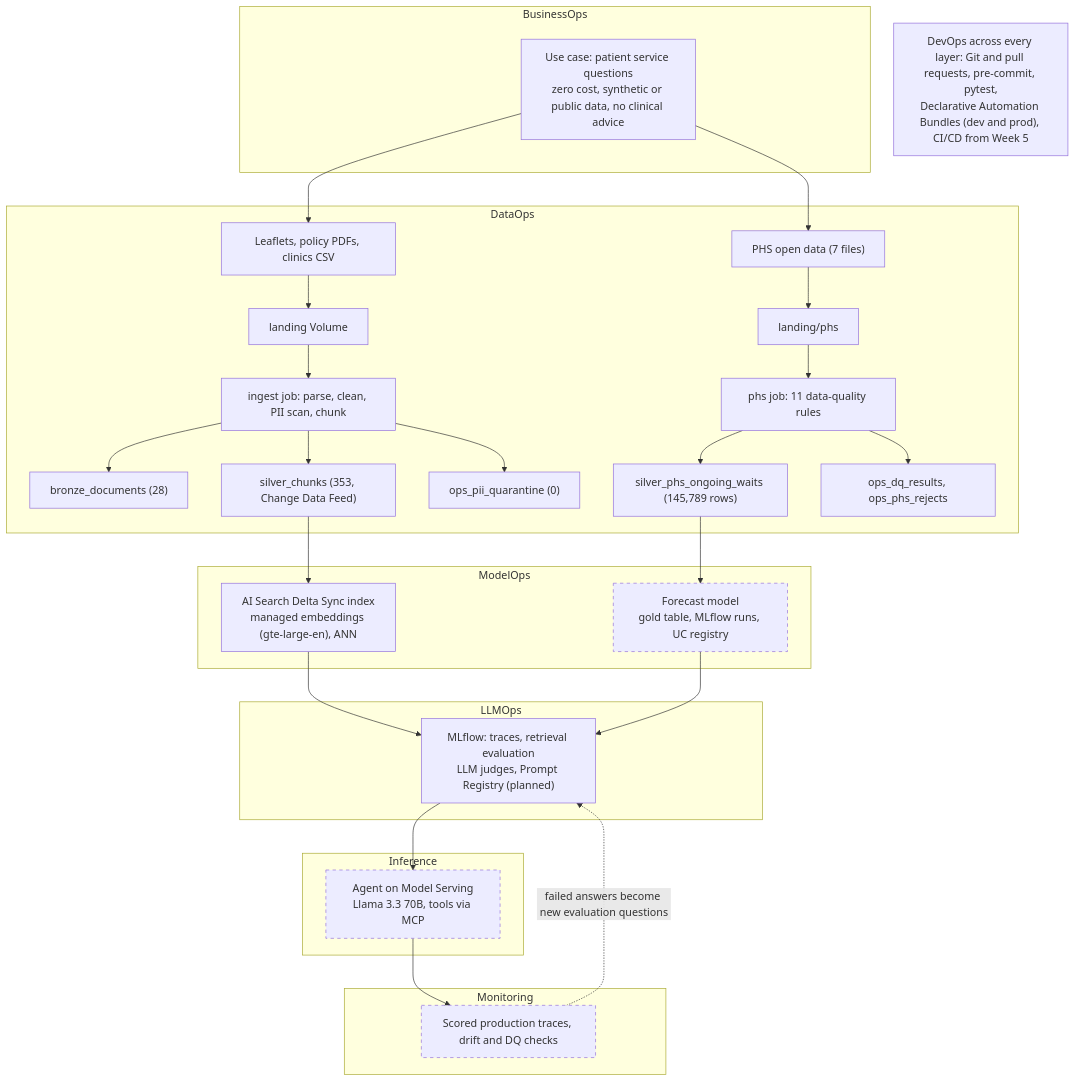
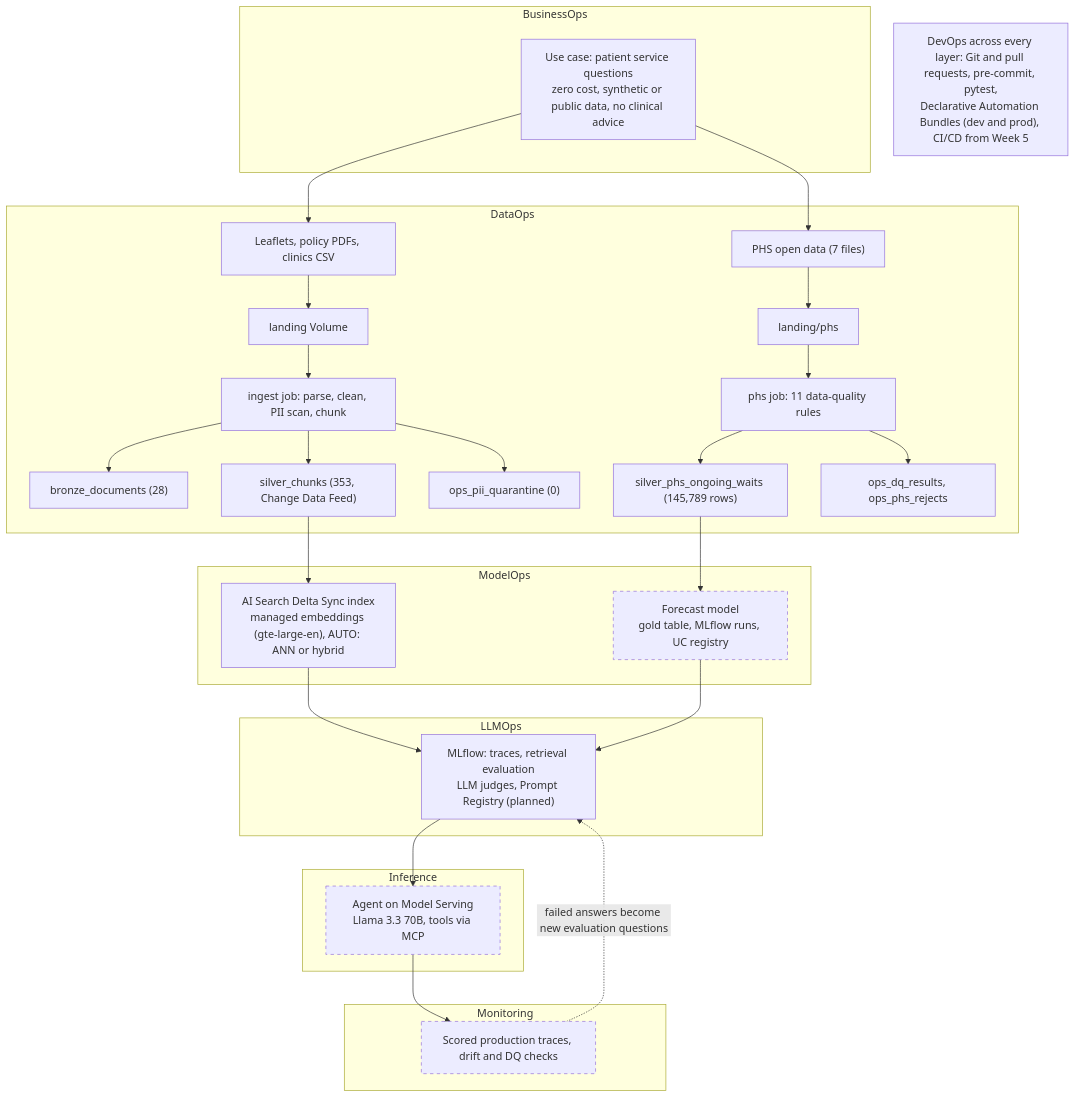
The diagram in README.md (dmishra27/careconnect-navigator), drawn with Mermaid before and after one commit. The commit also changed other lines of this file and 4 other files, not shown here.

````diff
--- a/README.md
+++ b/README.md
@@ -35,49 +35,49 @@
 ```mermaid
 flowchart TB
     subgraph BIZ["BusinessOps"]
         UC["Use case: patient service questions<br/>zero cost, synthetic or public data, no clinical advice"]
     end
 
     subgraph DATA["DataOps"]
         SRC1["Leaflets, policy PDFs, clinics CSV"] --> VOL1["landing Volume"]
         VOL1 --> ING["ingest job: parse, clean, PII scan, chunk"]
         ING --> BR["bronze_documents (28)"]
         ING --> SV["silver_chunks (353, Change Data Feed)"]
         ING --> Q["ops_pii_quarantine (0)"]
         SRC2["PHS open data (7 files)"] --> VOL2["landing/phs"]
         VOL2 --> PJ["phs job: 11 data-quality rules"]
         PJ --> PS["silver_phs_ongoing_waits (145,789 rows)"]
         PJ --> DQ["ops_dq_results, ops_phs_rejects"]
     end
 
     subgraph MODEL["ModelOps"]
-        IDX["AI Search Delta Sync index<br/>managed embeddings (gte-large-en), ANN"]
+        IDX["AI Search Delta Sync index<br/>managed embeddings (gte-large-en), AUTO: ANN or hybrid"]
         FC["Forecast model<br/>gold table, MLflow runs, UC registry"]:::planned
     end
 
     subgraph LLM["LLMOps"]
         MLF["MLflow: traces, retrieval evaluation<br/>LLM judges, Prompt Registry (planned)"]
     end
 
     subgraph INF["Inference"]
         AG["Agent on Model Serving<br/>Llama 3.3 70B, tools via MCP"]:::planned
     end
 
     subgraph MON["Monitoring"]
         M["Scored production traces, drift and DQ checks"]:::planned
     end
 
     UC --> SRC1
     UC --> SRC2
     SV --> IDX
     PS --> FC
     IDX --> MLF
     FC --> MLF
     MLF --> AG
     AG --> M
     M -. "failed answers become new evaluation questions" .-> MLF
 
     DEV["DevOps across every layer: Git and pull requests, pre-commit, pytest,<br/>Declarative Automation Bundles (dev and prod), CI/CD from Week 5"]
 
     classDef planned stroke-dasharray: 5 5
 ```
````
